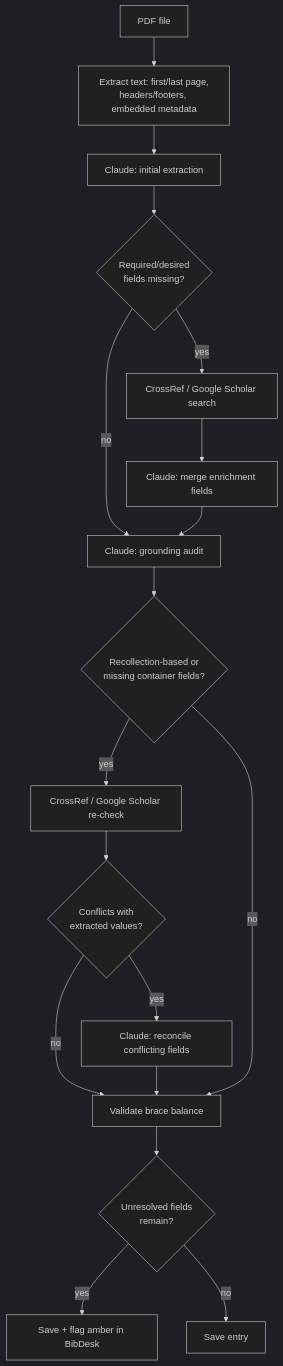
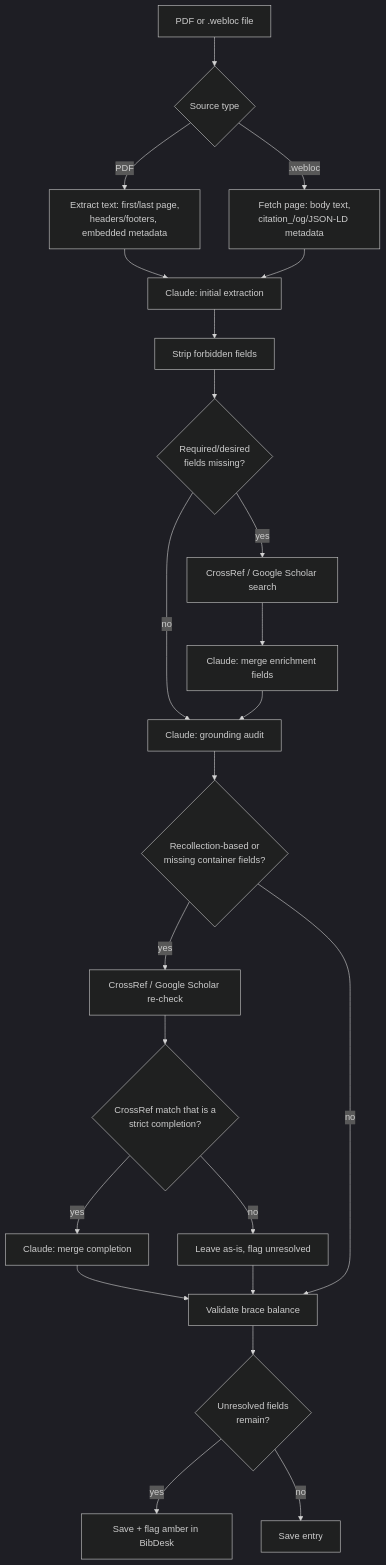
The diagram in README.md (yrammos/biblatex-chicago-claude), drawn with Mermaid (dark theme) before and after one commit. The commit also changed other lines of this file, not shown here.

First line of the commit message:
Update README for .webloc support and conservative reconciliation

````diff
--- a/README.md
+++ b/README.md
@@ -44,20 +44,25 @@
 ```mermaid
 flowchart TD
-    A[PDF file] --> B[Extract text: first/last page,<br/>headers/footers, embedded metadata]
-    B --> C[Claude: initial extraction]
-    C --> D{Required/desired<br/>fields missing?}
-    D -- yes --> E[CrossRef / Google Scholar search]
-    E --> F[Claude: merge enrichment fields]
-    D -- no --> G[Claude: grounding audit]
-    F --> G
-    G --> H{Recollection-based or<br/>missing container fields?}
-    H -- yes --> I[CrossRef / Google Scholar re-check]
-    I --> J{Conflicts with<br/>extracted values?}
-    J -- yes --> K[Claude: reconcile conflicting fields]
-    J -- no --> L[Validate brace balance]
-    K --> L
-    H -- no --> L
-    L --> M{Unresolved fields<br/>remain?}
-    M -- yes --> N[Save + flag amber in BibDesk]
-    M -- no --> O[Save entry]
+    A[PDF or .webloc file] --> B{Source type}
+    B -- PDF --> C1[Extract text: first/last page,<br/>headers/footers, embedded metadata]
+    B -- .webloc --> C2[Fetch page: body text,<br/>citation_/og/JSON-LD metadata]
+    C1 --> D[Claude: initial extraction]
+    C2 --> D
+    D --> E[Strip forbidden fields]
+    E --> F{Required/desired<br/>fields missing?}
+    F -- yes --> G[CrossRef / Google Scholar search]
+    G --> H[Claude: merge enrichment fields]
+    F -- no --> I[Claude: grounding audit]
+    H --> I
+    I --> J{Recollection-based or<br/>missing container fields?}
+    J -- yes --> K[CrossRef / Google Scholar re-check]
+    K --> L{CrossRef match that is a<br/>strict completion?}
+    L -- yes --> M[Claude: merge completion]
+    L -- no --> N[Leave as-is, flag unresolved]
+    M --> O[Validate brace balance]
+    N --> O
+    J -- no --> O
+    O --> P{Unresolved fields<br/>remain?}
+    P -- yes --> Q[Save + flag amber in BibDesk]
+    P -- no --> R[Save entry]
 ```
````
